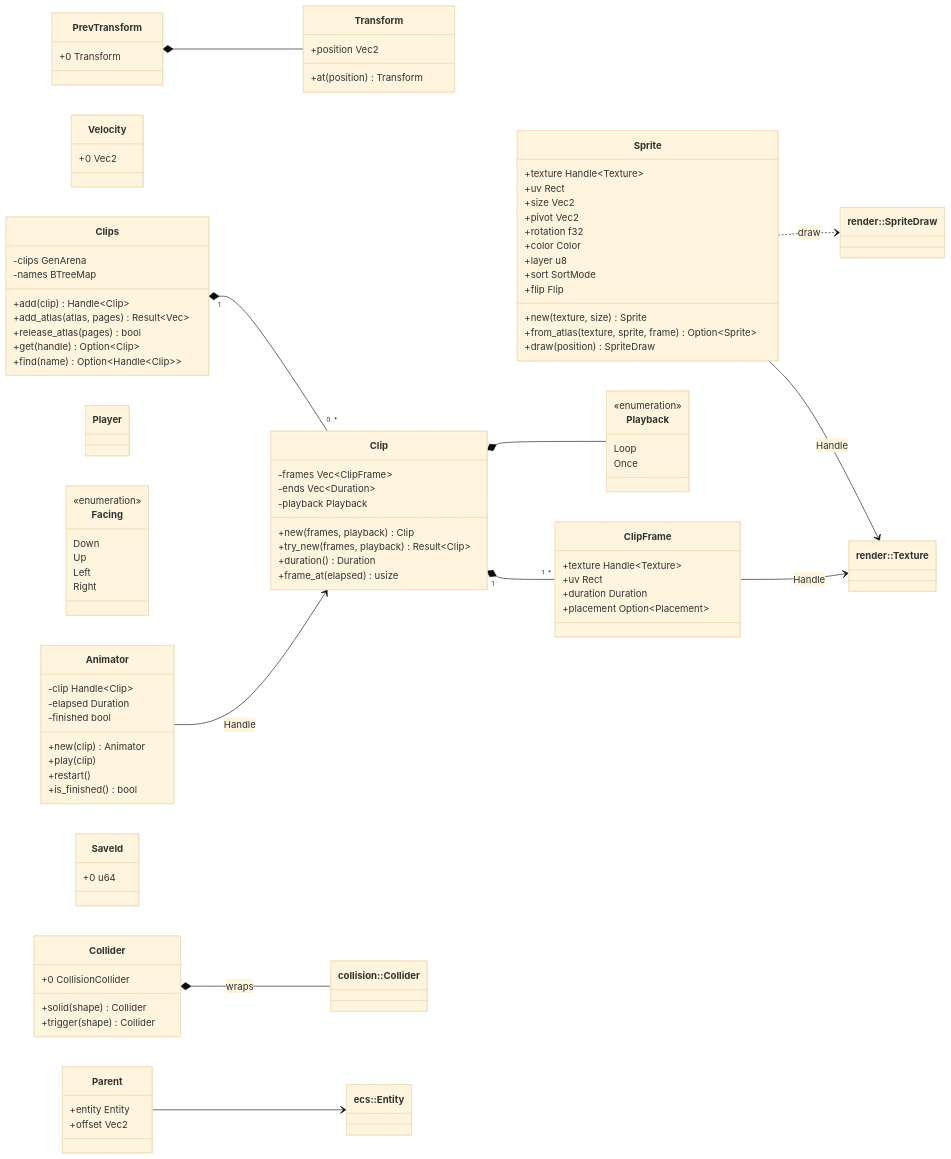
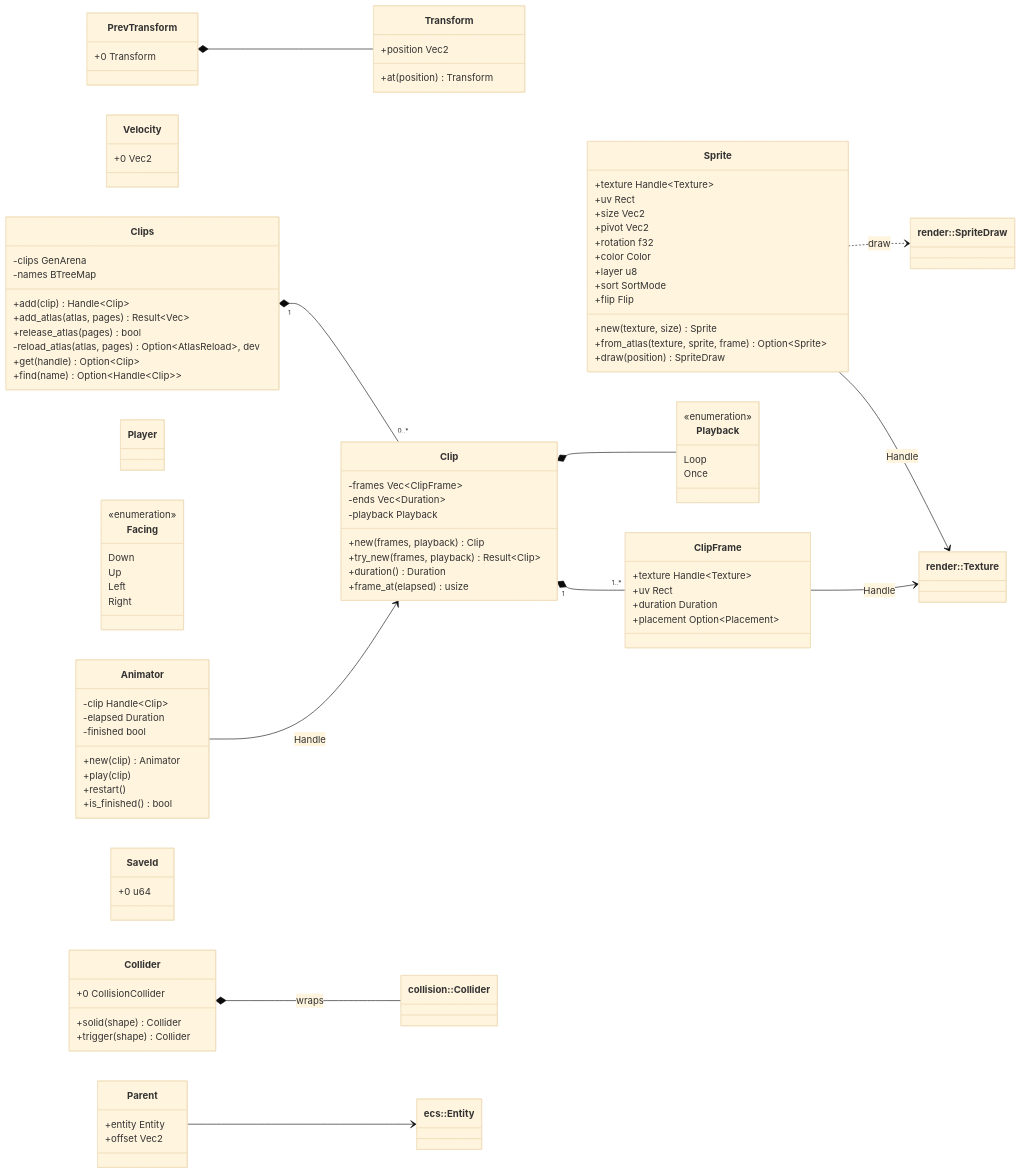
One commit to jabbott-iii/Nadir changed diagram 26 of 27 in diagrams/class-diagram.md. Above: the diagram before and after it, drawn with Mermaid (base theme). The commit also changed other lines of this file and 33 other files, not shown here.

```diff
--- a/diagrams/class-diagram.md
+++ b/diagrams/class-diagram.md
@@ -1974,6 +1996,7 @@
         +add(clip) Handle~Clip~
         +add_atlas(atlas, pages) Result~Vec~
         +release_atlas(pages) bool
+        -reload_atlas(atlas, pages) Option~AtlasReload~, dev
         +get(handle) Option~Clip~
         +find(name) Option~Handle~Clip~~
     }
```
